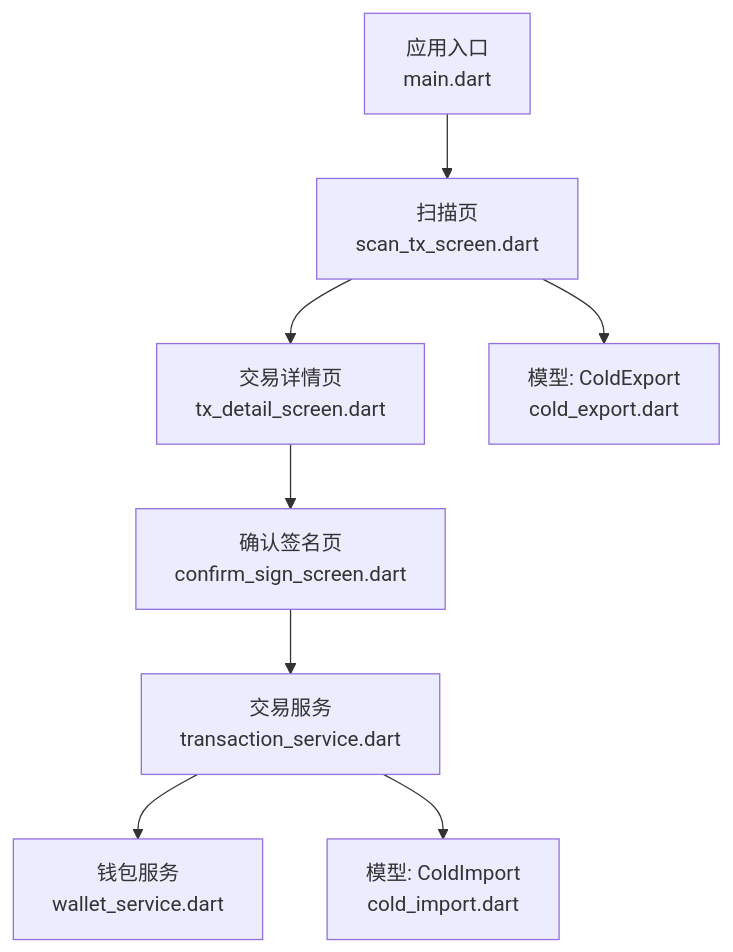
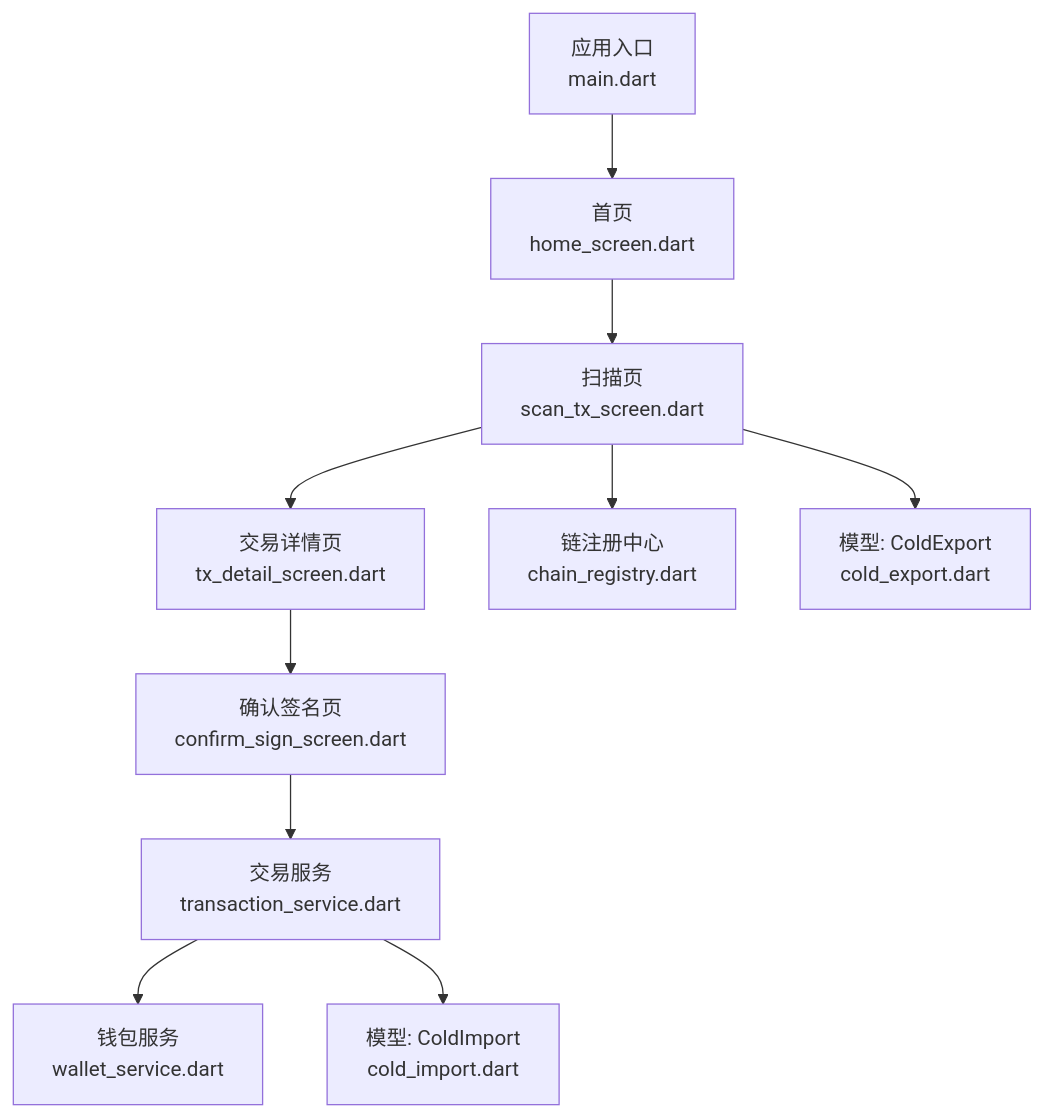
Before and after one commit to EqualToEthan/stasis: the first of 4 diagrams in .qoder/repowiki/zh/content/用户界面/冷钱包App界面/二维码扫描界面.md, drawn with Mermaid. The commit also changed other lines of this file and 40 other files, not shown here.

````diff
--- a/.qoder/repowiki/zh/content/用户界面/冷钱包App界面/二维码扫描界面.md
+++ b/.qoder/repowiki/zh/content/用户界面/冷钱包App界面/二维码扫描界面.md
@@ -39,10 +49,12 @@
 ```mermaid
 graph TB
-A["应用入口<br/>main.dart"] --> B["扫描页<br/>scan_tx_screen.dart"]
-B --> C["交易详情页<br/>tx_detail_screen.dart"]
-C --> D["确认签名页<br/>confirm_sign_screen.dart"]
-D --> E["交易服务<br/>transaction_service.dart"]
-E --> F["钱包服务<br/>wallet_service.dart"]
-B --> G["模型: ColdExport<br/>cold_export.dart"]
-E --> H["模型: ColdImport<br/>cold_import.dart"]
+A["应用入口<br/>main.dart"] --> B["首页<br/>home_screen.dart"]
+B --> C["扫描页<br/>scan_tx_screen.dart"]
+C --> D["交易详情页<br/>tx_detail_screen.dart"]
+D --> E["确认签名页<br/>confirm_sign_screen.dart"]
+E --> F["交易服务<br/>transaction_service.dart"]
+F --> G["钱包服务<br/>wallet_service.dart"]
+C --> H["链注册中心<br/>chain_registry.dart"]
+C --> I["模型: ColdExport<br/>cold_export.dart"]
+F --> J["模型: ColdImport<br/>cold_import.dart"]
 ```
````
